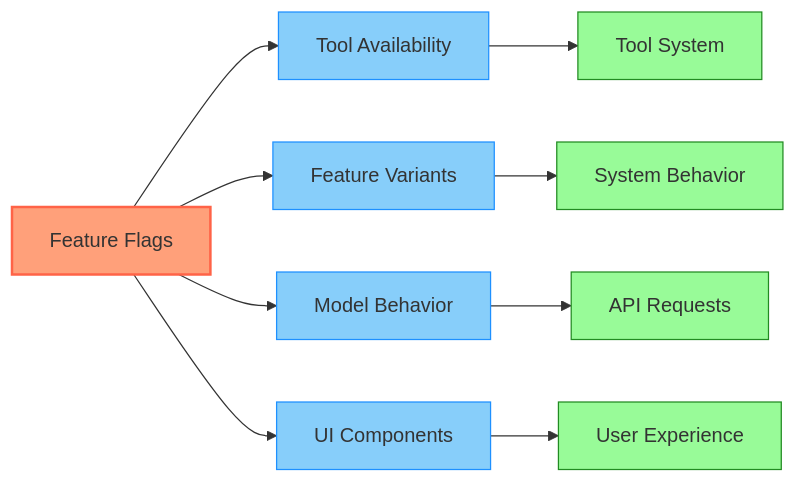
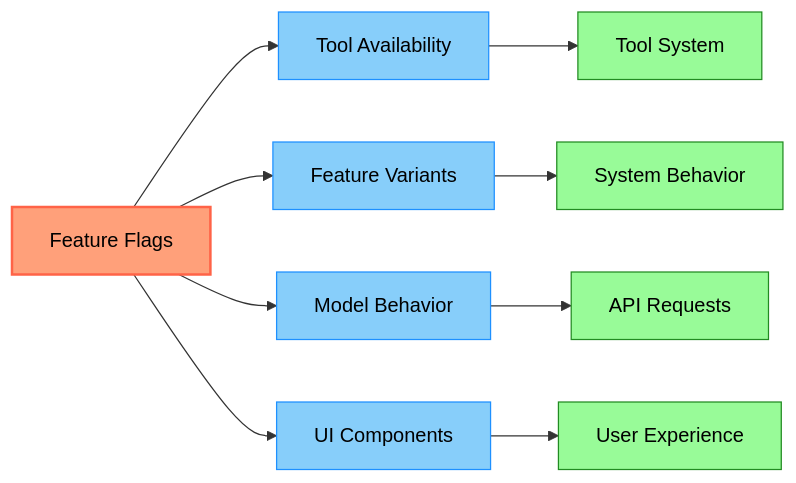
Before and after one commit to Szermer/QED: the third of 3 diagrams in src/feature-flag-integration.md, drawn with Mermaid. The commit also changed other lines of this file and 4 other files, not shown here.

Commit message:
style: improving readability in darkmode of some mermaid diagrams

````diff
--- a/src/feature-flag-integration.md
+++ b/src/feature-flag-integration.md
@@ -103,20 +103,20 @@
 ```mermaid
 flowchart LR
     FeatureFlags[Feature Flags] --> Tools[Tool Availability]
     FeatureFlags --> Variants[Feature Variants]
     FeatureFlags --> Models[Model Behavior]
     FeatureFlags --> UI[UI Components]
     
     Tools --> ToolSystem[Tool System]
     Variants --> SystemBehavior[System Behavior]
     Models --> APIRequests[API Requests]
     UI --> UserExperience[User Experience]
     
-    classDef flag fill:#FFA07A,stroke:#FF6347,stroke-width:2px;
-    classDef target fill:#87CEFA,stroke:#1E90FF,stroke-width:1px;
-    classDef effect fill:#98FB98,stroke:#228B22,stroke-width:1px;
+    classDef flag fill:#FFA07A,stroke:#FF6347,stroke-width:2px,color:#000000;
+    classDef target fill:#87CEFA,stroke:#1E90FF,stroke-width:1px,color:#000000;
+    classDef effect fill:#98FB98,stroke:#228B22,stroke-width:1px,color:#000000;
     
     class FeatureFlags flag;
     class Tools,Variants,Models,UI target;
     class ToolSystem,SystemBehavior,APIRequests,UserExperience effect;
 ```
````
